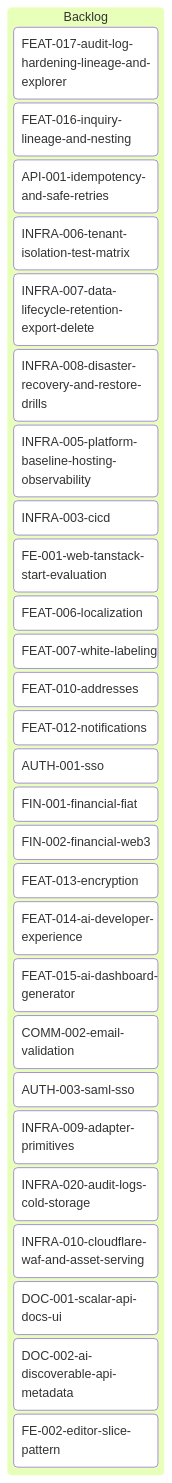
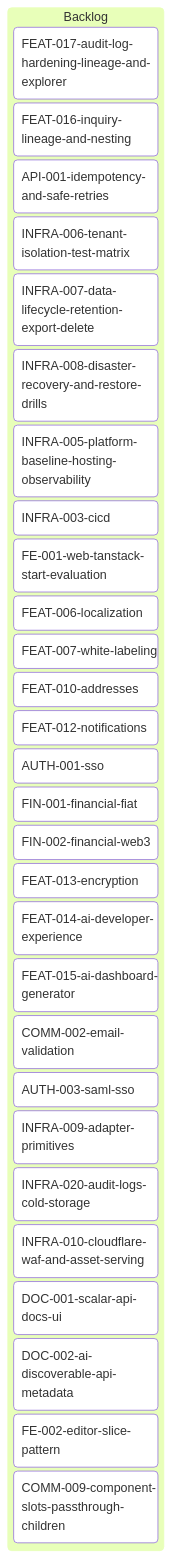
Before and after one commit to inixiative/template: the diagram in tickets/kanban-backlog.md, drawn with Mermaid. The commit also changed other lines of this file, not shown here.

Commit message:
docs(tickets): add COMM-009 to backlog board

````diff
--- a/tickets/kanban-backlog.md
+++ b/tickets/kanban-backlog.md
@@ -3,36 +3,37 @@
 ```mermaid
 ---
 config:
   kanban:
     ticketBaseUrl: 'https://github.com/yourorg/template/blob/main/tickets/#TICKET#'
 ---
 kanban
   Backlog
     FEAT-017-audit-log-hardening-lineage-and-explorer
     FEAT-016-inquiry-lineage-and-nesting
     API-001-idempotency-and-safe-retries
     INFRA-006-tenant-isolation-test-matrix
     INFRA-007-data-lifecycle-retention-export-delete
     INFRA-008-disaster-recovery-and-restore-drills
     INFRA-005-platform-baseline-hosting-observability
     INFRA-003-cicd
     FE-001-web-tanstack-start-evaluation
     FEAT-006-localization
     FEAT-007-white-labeling
     FEAT-010-addresses
     FEAT-012-notifications
     AUTH-001-sso
     FIN-001-financial-fiat
     FIN-002-financial-web3
     FEAT-013-encryption
     FEAT-014-ai-developer-experience
     FEAT-015-ai-dashboard-generator
     COMM-002-email-validation
     AUTH-003-saml-sso
     INFRA-009-adapter-primitives
     INFRA-020-audit-logs-cold-storage
     INFRA-010-cloudflare-waf-and-asset-serving
     DOC-001-scalar-api-docs-ui
     DOC-002-ai-discoverable-api-metadata
     FE-002-editor-slice-pattern
+    COMM-009-component-slots-passthrough-children
 ```
````
